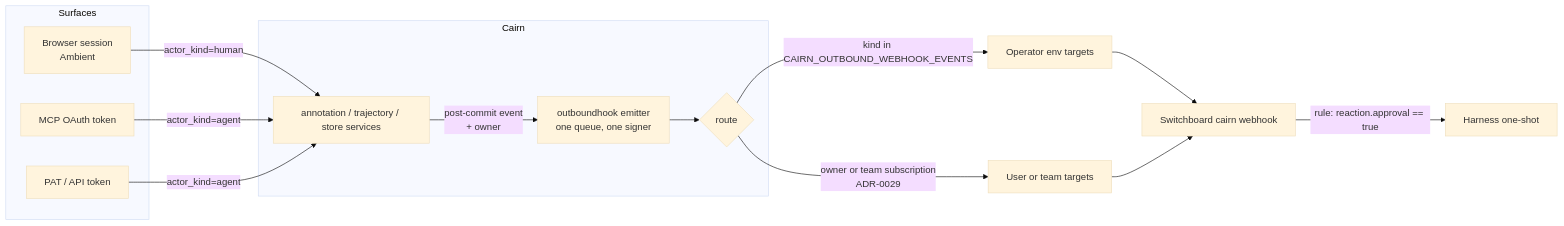
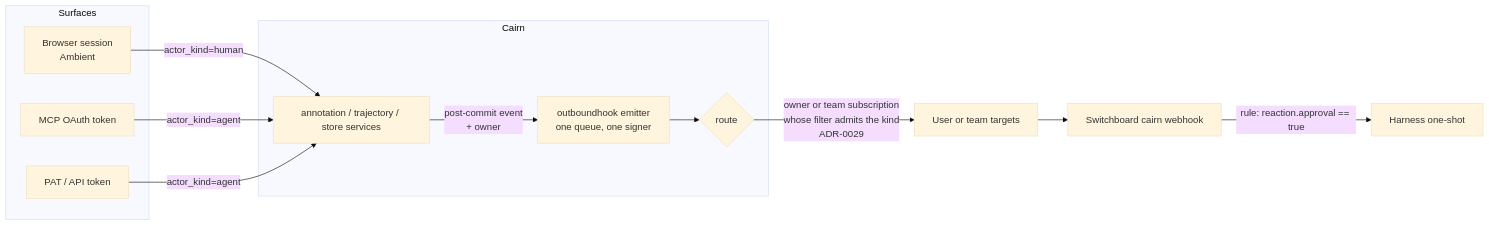
One commit to stump-wtf/cairn changed the diagram in docs/adrs/ADR-0022-annotation-and-trace-lifecycle-events.md. Above: the diagram before and after it, drawn with Mermaid (base theme). The commit also changed other lines of this file and 2 other files, not shown here.

First line of the commit message:
docs(adr,spec): ADR-0022 delivers only to owned subscriptions

````diff
--- a/docs/adrs/ADR-0022-annotation-and-trace-lifecycle-events.md
+++ b/docs/adrs/ADR-0022-annotation-and-trace-lifecycle-events.md
@@ -266,20 +272,18 @@
 ```mermaid
 flowchart LR
     subgraph Surfaces
         W[Browser session<br/>Ambient]
         M[MCP OAuth token]
         P[PAT / API token]
     end
     W -- actor_kind=human --> S
     M -- actor_kind=agent --> S
     P -- actor_kind=agent --> S
     subgraph Cairn
         S[annotation / trajectory / store services] -- post-commit event<br/>+ owner --> E[outboundhook emitter<br/>one queue, one signer]
         E --> F{route}
     end
-    F -- kind in CAIRN_OUTBOUND_WEBHOOK_EVENTS --> T1[Operator env targets]
-    F -- owner or team subscription<br/>ADR-0029 --> T2[User or team targets]
-    T1 --> SB[Switchboard cairn webhook]
-    T2 --> SB
+    F -- owner or team subscription<br/>whose filter admits the kind<br/>ADR-0029 --> T2[User or team targets]
+    T2 --> SB[Switchboard cairn webhook]
     SB -- rule: reaction.approval == true --> H[Harness one-shot]
 ```
````
